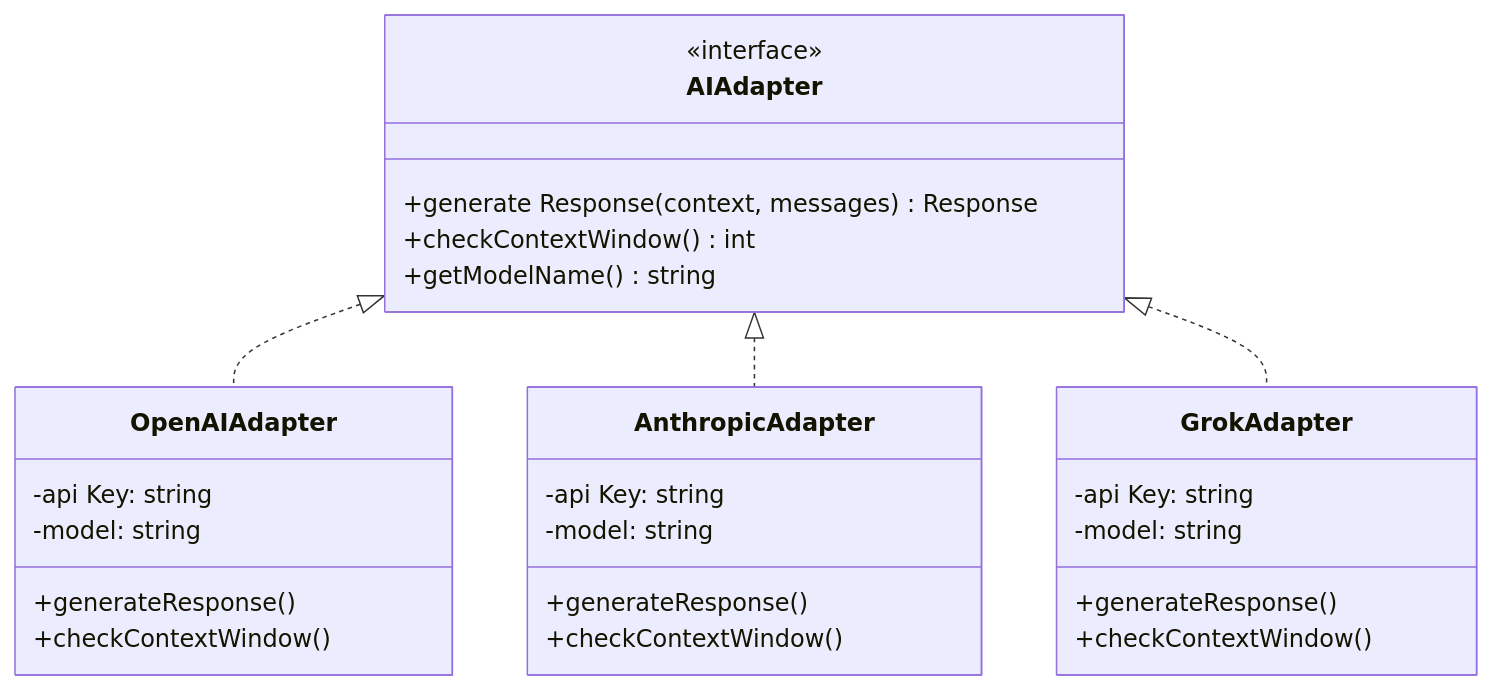
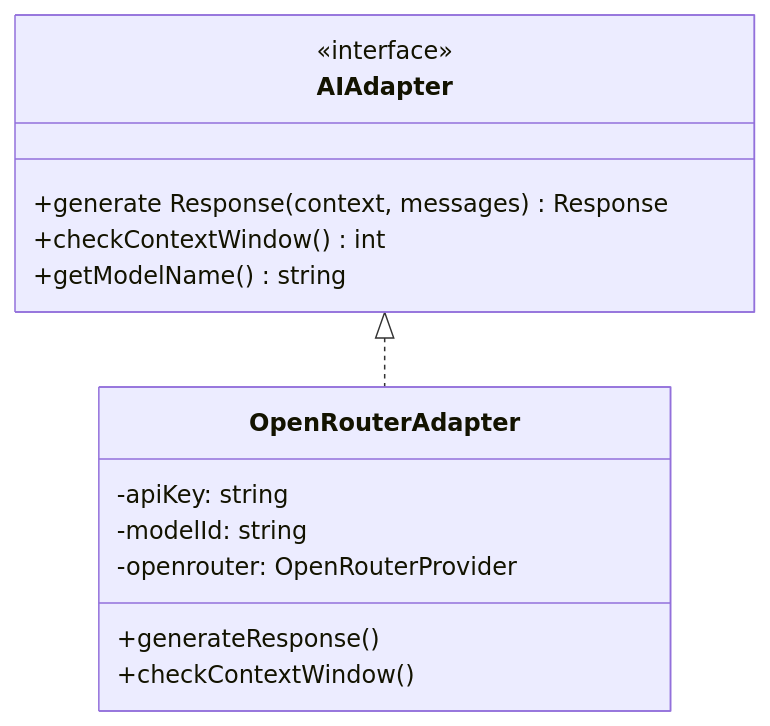
One commit to jak-pan/super-brainstorm-bot changed the third of 16 diagrams in ARCHITECTURE.md. Above: the diagram before and after it, drawn with Mermaid. The commit also changed other lines of this file and 40 other files, not shown here.

````diff
--- a/ARCHITECTURE.md
+++ b/ARCHITECTURE.md
@@ -266,34 +339,19 @@
 ```mermaid
 classDiagram
     class AIAdapter {
         <<interface>>
         +generate Response(context, messages) Response
         +checkContextWindow() int
         +getModelName() string
     }
     
-    class OpenAIAdapter {
-        -api Key: string
-        -model: string
+    class OpenRouterAdapter {
+        -apiKey: string
+        -modelId: string
+        -openrouter: OpenRouterProvider
         +generateResponse()
         +checkContextWindow()
     }
     
-    class AnthropicAdapter {
-        -api Key: string
-        -model: string
-        +generateResponse()
-        +checkContextWindow()
-    }
-    
-    class GrokAdapter {
-        -api Key: string
-        -model: string
-        +generateResponse()
-        +checkContextWindow()
-    }
-    
-    AIAdapter <|.. OpenAIAdapter
-    AIAdapter <|.. AnthropicAdapter
-    AIAdapter <|.. GrokAdapter
+    AIAdapter <|.. OpenRouterAdapter
 ```
````
